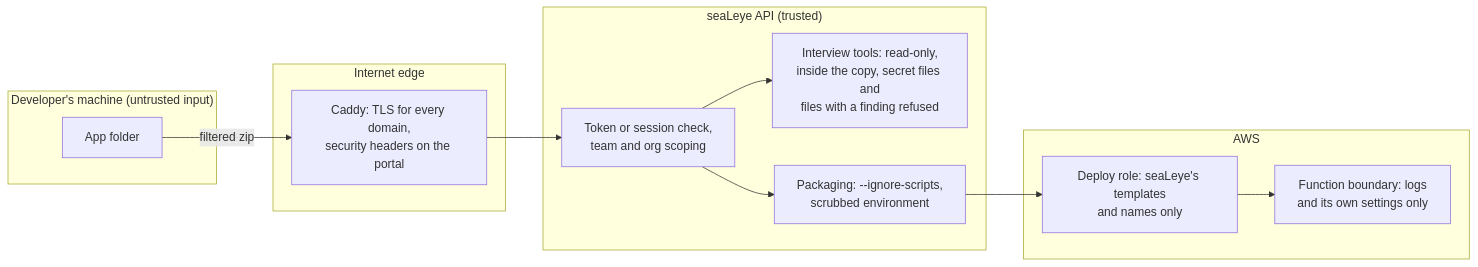
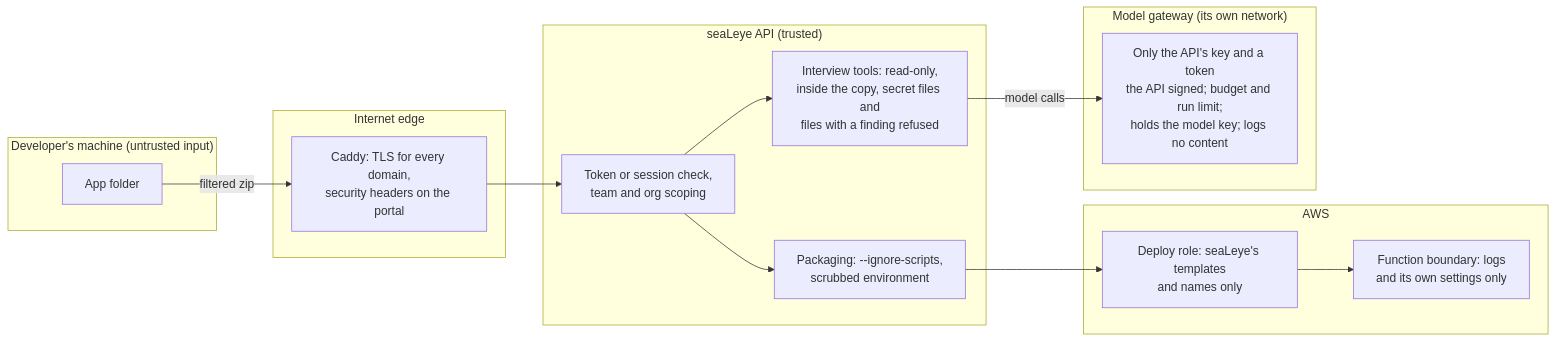
Before and after one commit to GregKliewer/sealeye: diagram 12 of 12 in docs/ARCHITECTURE.md, drawn with Mermaid. The commit also changed other lines of this file and 4 other files, not shown here.

````diff
--- a/docs/ARCHITECTURE.md
+++ b/docs/ARCHITECTURE.md
@@ -517,20 +547,24 @@
 ```mermaid
 flowchart LR
   subgraph dev["Developer's machine (untrusted input)"]
     files["App folder"]
   end
   subgraph edge["Internet edge"]
     caddy["Caddy: TLS for every domain,<br/>security headers on the portal"]
   end
   subgraph core["seaLeye API (trusted)"]
     auth["Token or session check,<br/>team and org scoping"]
     sandbox["Interview tools: read-only,<br/>inside the copy, secret files and<br/>files with a finding refused"]
     pkg["Packaging: --ignore-scripts,<br/>scrubbed environment"]
   end
   subgraph cloud["AWS"]
     role["Deploy role: seaLeye's templates<br/>and names only"]
     boundary["Function boundary: logs<br/>and its own settings only"]
   end
+  subgraph modelside["Model gateway (its own network)"]
+    gw["Only the API's key and a token<br/>the API signed; budget and run limit;<br/>holds the model key; logs no content"]
+  end
   files -- "filtered zip" --> caddy --> auth --> sandbox
   auth --> pkg --> role --> boundary
+  sandbox -- "model calls" --> gw
 ```
````
